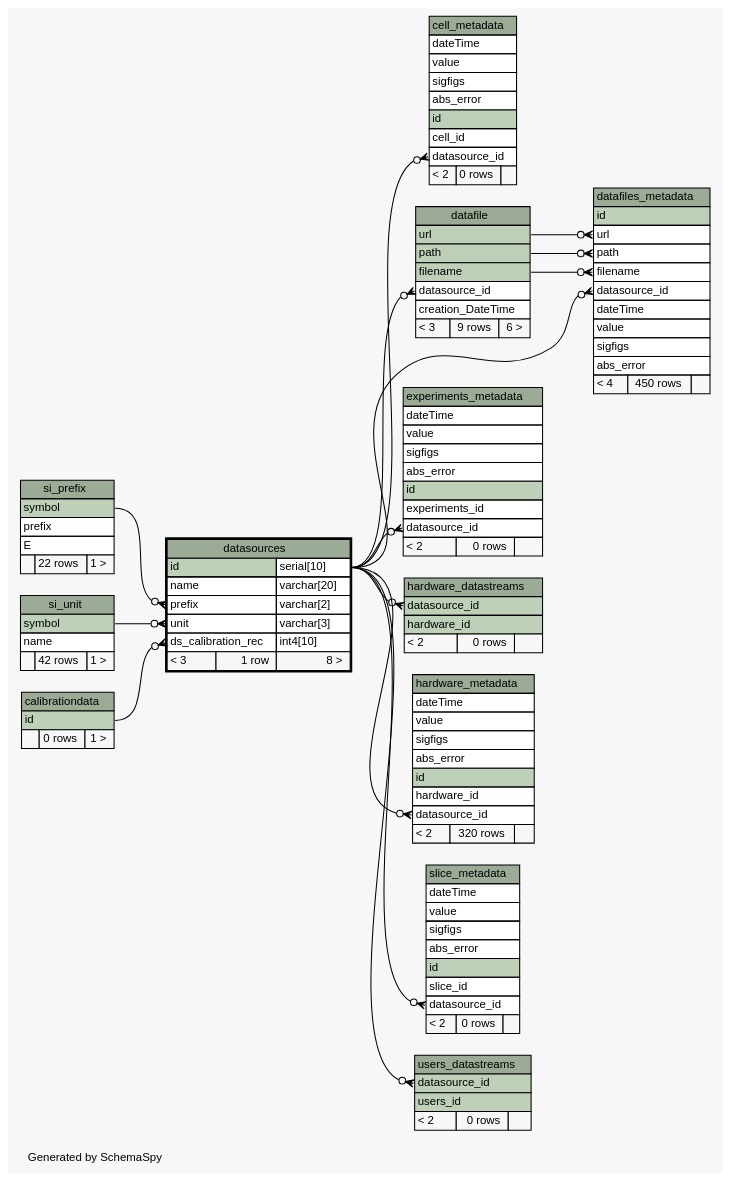
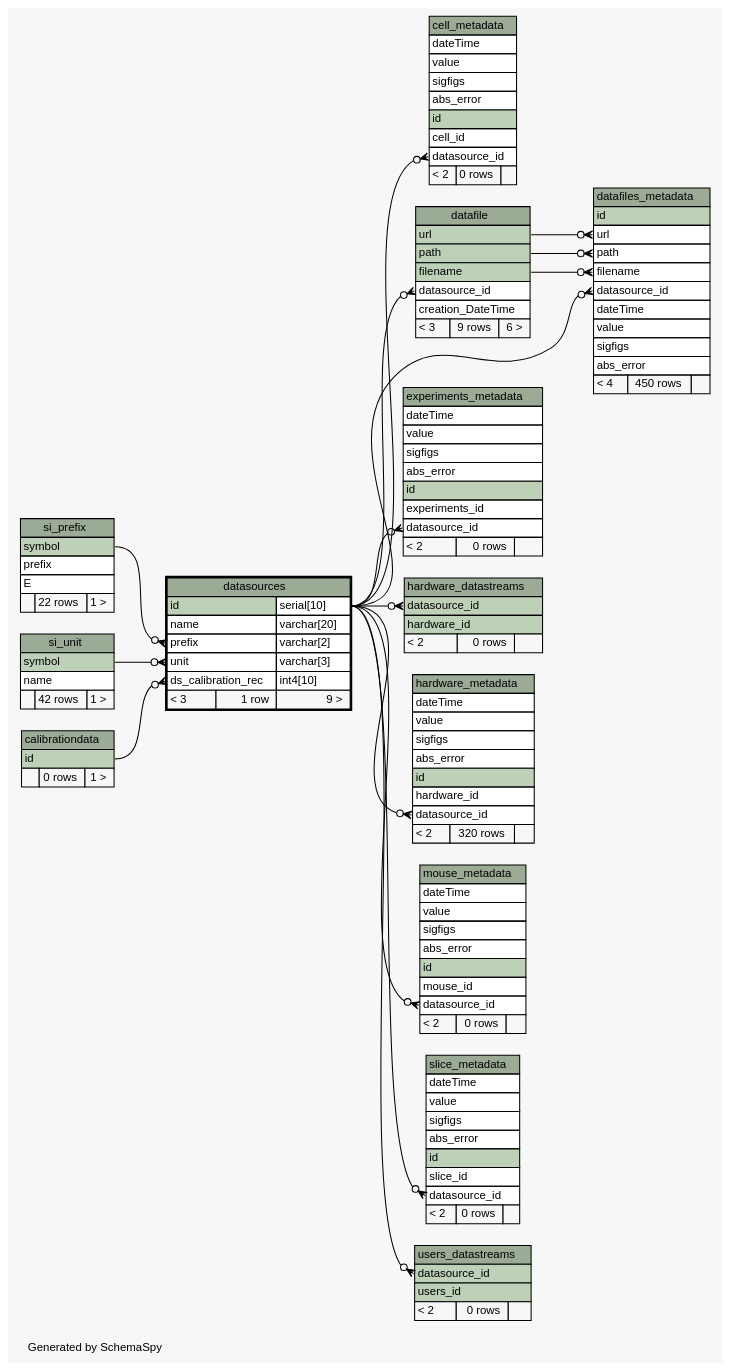
One commit to tgbugs/mlab changed the diagram in database/ss/diagrams/datasources.1degree.dot. Above: the diagram before and after it, drawn with Graphviz. The commit also changed 257 other files, not shown here.

Commit message:
updated schemaspy postgres also working on laptop

```diff
--- a/database/ss/diagrams/datasources.1degree.dot
+++ b/database/ss/diagrams/datasources.1degree.dot
@@ -1,4 +1,4 @@
-// dot 2.32.0 on Windows 7 6.1
+// dot 2.34.0 on Windows 7 6.1
 // SchemaSpy rev 590
 digraph "oneDegreeRelationshipsDiagram" {
   graph [
@@ -31,6 +31,7 @@
   "experiments_metadata":"datasource_id":w -> "datasources":"id.type":e [arrowhead=none dir=back arrowtail=crowodot];
   "hardware_datastreams":"datasource_id":w -> "datasources":"id.type":e [arrowhead=none dir=back arrowtail=crowodot];
   "hardware_metadata":"datasource_id":w -> "datasources":"id.type":e [arrowhead=none dir=back arrowtail=crowodot];
+  "mouse_metadata":"datasource_id":w -> "datasources":"id.type":e [arrowhead=none dir=back arrowtail=crowodot];
   "slice_metadata":"datasource_id":w -> "datasources":"id.type":e [arrowhead=none dir=back arrowtail=crowodot];
   "users_datastreams":"datasource_id":w -> "datasources":"id.type":e [arrowhead=none dir=back arrowtail=crowodot];
   "calibrationdata" [
@@ -100,7 +101,7 @@
       <TR><TD PORT="prefix" COLSPAN="2" ALIGN="LEFT">prefix</TD><TD PORT="prefix.type" ALIGN="LEFT">varchar[2]</TD></TR>
       <TR><TD PORT="unit" COLSPAN="2" ALIGN="LEFT">unit</TD><TD PORT="unit.type" ALIGN="LEFT">varchar[3]</TD></TR>
       <TR><TD PORT="ds_calibration_rec" COLSPAN="2" ALIGN="LEFT">ds_calibration_rec</TD><TD PORT="ds_calibration_rec.type" ALIGN="LEFT">int4[10]</TD></TR>
-      <TR><TD ALIGN="LEFT" BGCOLOR="#f7f7f7">&lt; 3</TD><TD ALIGN="RIGHT" BGCOLOR="#f7f7f7">1 row</TD><TD ALIGN="RIGHT" BGCOLOR="#f7f7f7">8 &gt;</TD></TR>
+      <TR><TD ALIGN="LEFT" BGCOLOR="#f7f7f7">&lt; 3</TD><TD ALIGN="RIGHT" BGCOLOR="#f7f7f7">1 row</TD><TD ALIGN="RIGHT" BGCOLOR="#f7f7f7">9 &gt;</TD></TR>
     </TABLE>>
     URL="datasources.html"
     tooltip="datasources"
@@ -147,6 +148,22 @@
     </TABLE>>
     URL="hardware_metadata.html"
     tooltip="hardware_metadata"
+  ];
+  "mouse_metadata" [
+    label=<
+    <TABLE BORDER="0" CELLBORDER="1" CELLSPACING="0" BGCOLOR="#ffffff">
+      <TR><TD COLSPAN="3" BGCOLOR="#9bab96" ALIGN="CENTER">mouse_metadata</TD></TR>
+      <TR><TD PORT="dateTime" COLSPAN="3" ALIGN="LEFT">dateTime</TD></TR>
+      <TR><TD PORT="value" COLSPAN="3" ALIGN="LEFT">value</TD></TR>
+      <TR><TD PORT="sigfigs" COLSPAN="3" ALIGN="LEFT">sigfigs</TD></TR>
+      <TR><TD PORT="abs_error" COLSPAN="3" ALIGN="LEFT">abs_error</TD></TR>
+      <TR><TD PORT="id" COLSPAN="3" BGCOLOR="#bed1b8" ALIGN="LEFT">id</TD></TR>
+      <TR><TD PORT="mouse_id" COLSPAN="3" ALIGN="LEFT">mouse_id</TD></TR>
+      <TR><TD PORT="datasource_id" COLSPAN="3" ALIGN="LEFT">datasource_id</TD></TR>
+      <TR><TD ALIGN="LEFT" BGCOLOR="#f7f7f7">&lt; 2</TD><TD ALIGN="RIGHT" BGCOLOR="#f7f7f7">0 rows</TD><TD ALIGN="RIGHT" BGCOLOR="#f7f7f7">  </TD></TR>
+    </TABLE>>
+    URL="mouse_metadata.html"
+    tooltip="mouse_metadata"
   ];
   "si_prefix" [
     label=<
```
